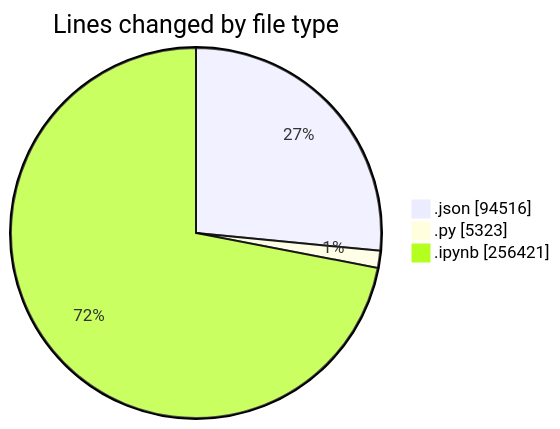
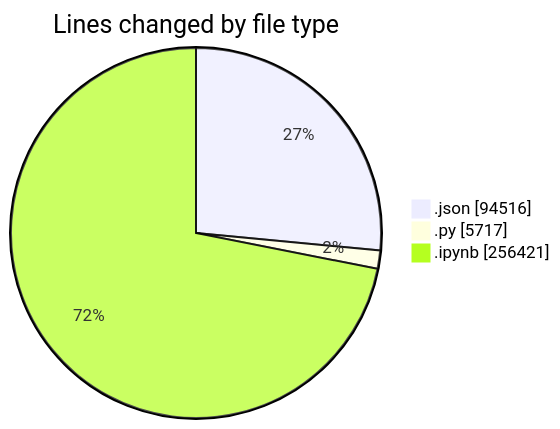
The first of 2 diagrams in 2025-10-04/untitled__workspace_/README.md (MatusMokan/code-tracking), drawn with Mermaid before and after one commit. The commit also changed other lines of this file and 1 other file, not shown here.

````diff
--- a/2025-10-04/untitled__workspace_/README.md
+++ b/2025-10-04/untitled__workspace_/README.md
@@ -38,7 +39,7 @@
 ```mermaid
 pie showData
 title Lines changed by file type
 ".json" : 94516
-".py" : 5323
+".py" : 5717
 ".ipynb" : 256421
 ```
````
